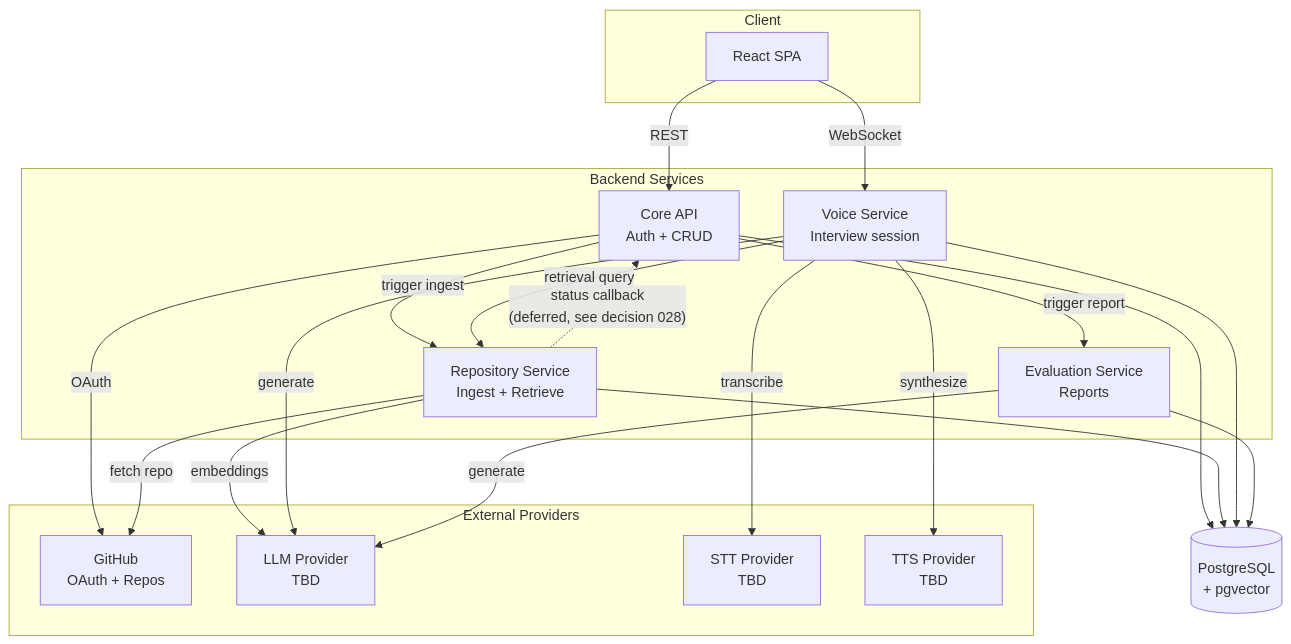
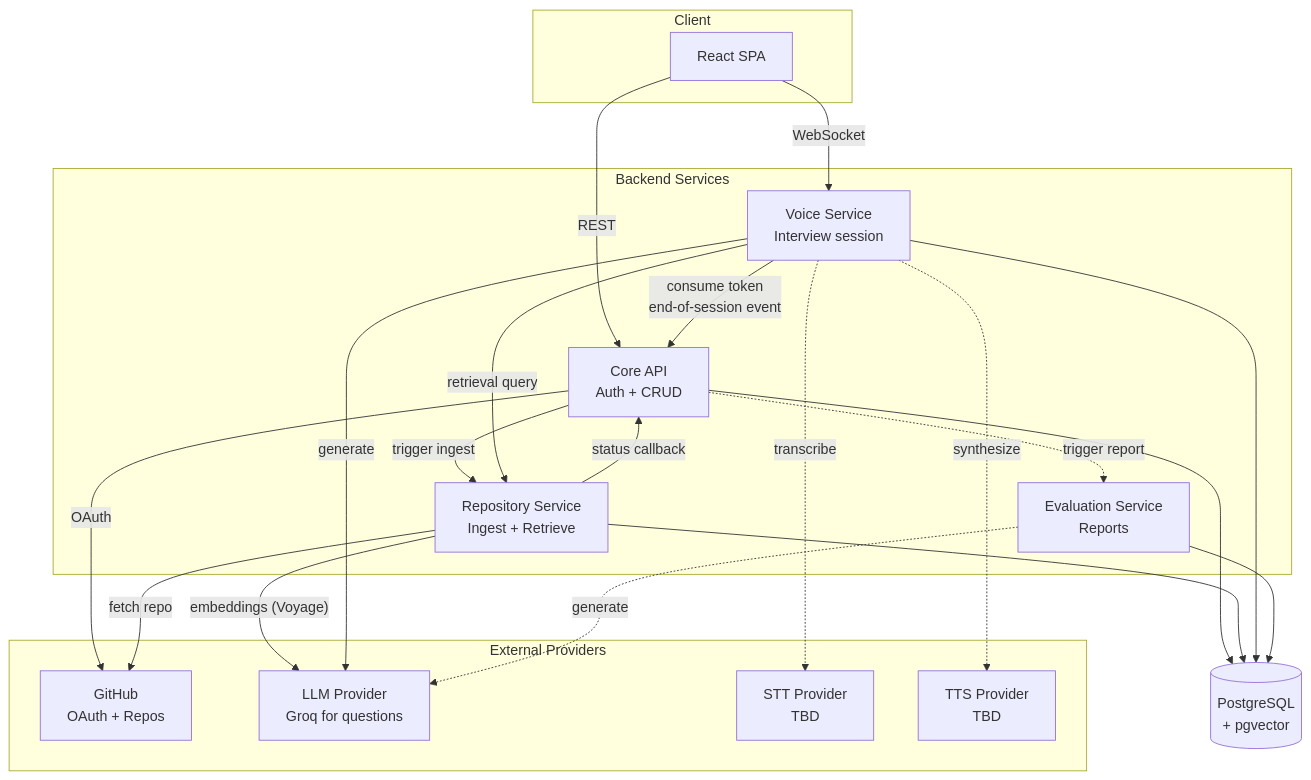
The diagram in docs/architecture.md (missLaiba22/RepoViva), drawn with Mermaid before and after one commit. The commit also changed other lines of this file and 3 other files, not shown here.

````diff
--- a/docs/architecture.md
+++ b/docs/architecture.md
@@ -11,43 +11,44 @@
 ```mermaid
 flowchart TB
     subgraph "Client"
         FE[React SPA]
     end
 
     subgraph "Backend Services"
         CORE[Core API<br/>Auth + CRUD]
         REPO[Repository Service<br/>Ingest + Retrieve]
         VOICE[Voice Service<br/>Interview session]
         EVAL[Evaluation Service<br/>Reports]
     end
 
     DB[(PostgreSQL<br/>+ pgvector)]
 
     subgraph "External Providers"
         GH[GitHub<br/>OAuth + Repos]
-        LLM[LLM Provider<br/>TBD]
+        LLM[LLM Provider<br/>Groq for questions]
         STT[STT Provider<br/>TBD]
         TTS[TTS Provider<br/>TBD]
     end
 
     FE -- REST --> CORE
     FE -- WebSocket --> VOICE
 
     CORE -- trigger ingest --> REPO
-    REPO -. status callback<br/>(deferred, see decision 028) .-> CORE
-    CORE -- trigger report --> EVAL
+    REPO -- status callback --> CORE
+    CORE -. trigger report .-> EVAL
     VOICE -- retrieval query --> REPO
+    VOICE -- consume token<br/>end-of-session event --> CORE
 
     CORE --> DB
     REPO --> DB
     VOICE --> DB
     EVAL --> DB
 
     CORE -- OAuth --> GH
     REPO -- fetch repo --> GH
-    REPO -- embeddings --> LLM
-    VOICE -- transcribe --> STT
+    REPO -- embeddings (Voyage) --> LLM
+    VOICE -. transcribe .-> STT
     VOICE -- generate --> LLM
-    VOICE -- synthesize --> TTS
-    EVAL -- generate --> LLM
+    VOICE -. synthesize .-> TTS
+    EVAL -. generate .-> LLM
 ```
````
